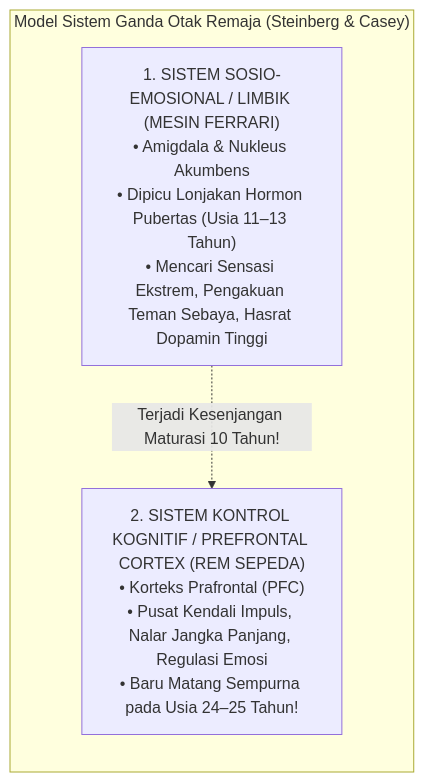
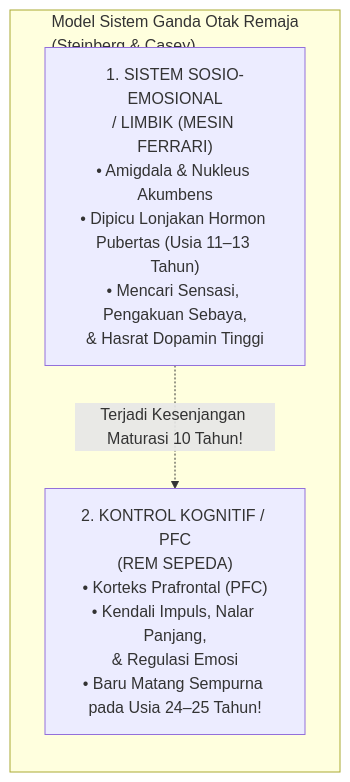
The first of 2 diagrams in BOOK Series 1/01-The-Fundamental-of-TUMBUH/Bab-05-Dinamika-Perkembangan-Jiwa-dan-Neurosains-Remaja.md (wandiapriliyandi/tumbuh), drawn with Mermaid before and after one commit. The commit also changed other lines of this file and 37 other files, not shown here.

Commit message:
fix(book-01): optimasi pemenggalan teks dan overflow seluruh diagram serta render ulang 20 PDF

````diff
--- a/BOOK Series 1/01-The-Fundamental-of-TUMBUH/Bab-05-Dinamika-Perkembangan-Jiwa-dan-Neurosains-Remaja.md
+++ b/BOOK Series 1/01-The-Fundamental-of-TUMBUH/Bab-05-Dinamika-Perkembangan-Jiwa-dan-Neurosains-Remaja.md
@@ -24,11 +24,11 @@
 ```mermaid
 graph TD
-    subgraph DUAL_SYSTEMS_MODEL["Model Sistem Ganda Otak Remaja (Steinberg & Casey)"]
+    subgraph DUAL_SYSTEMS_MODEL["Model Sistem Ganda Otak Remaja<br/>(Steinberg & Casey)"]
         direction TB
-        L["1. SISTEM SOSIO-EMOSIONAL / LIMBIK (MESIN FERRARI)<br/>• Amigdala & Nukleus Akumbens<br/>• Dipicu Lonjakan Hormon Pubertas (Usia 11–13 Tahun)<br/>• Mencari Sensasi Ekstrem, Pengakuan Teman Sebaya, Hasrat Dopamin Tinggi"]
+        L["1. SISTEM SOSIO-EMOSIONAL<br/>/ LIMBIK (MESIN FERRARI)<br/>• Amigdala & Nukleus Akumbens<br/>• Dipicu Lonjakan Hormon Pubertas (Usia 11–13 Tahun)<br/>• Mencari Sensasi, Pengakuan Sebaya,<br/>& Hasrat Dopamin Tinggi"]
         
-        P["2. SISTEM KONTROL KOGNITIF / PREFRONTAL CORTEX (REM SEPEDA)<br/>• Korteks Prafrontal (PFC)<br/>• Pusat Kendali Impuls, Nalar Jangka Panjang, Regulasi Emosi<br/>• Baru Matang Sempurna pada Usia 24–25 Tahun!"]
+        P["2. KONTROL KOGNITIF / PFC<br/>(REM SEPEDA)<br/>• Korteks Prafrontal (PFC)<br/>• Kendali Impuls, Nalar Panjang,<br/>& Regulasi Emosi<br/>• Baru Matang Sempurna pada Usia 24–25 Tahun!"]
         
         L -.->|Terjadi Kesenjangan Maturasi 10 Tahun!| P
     end
 ```
````
